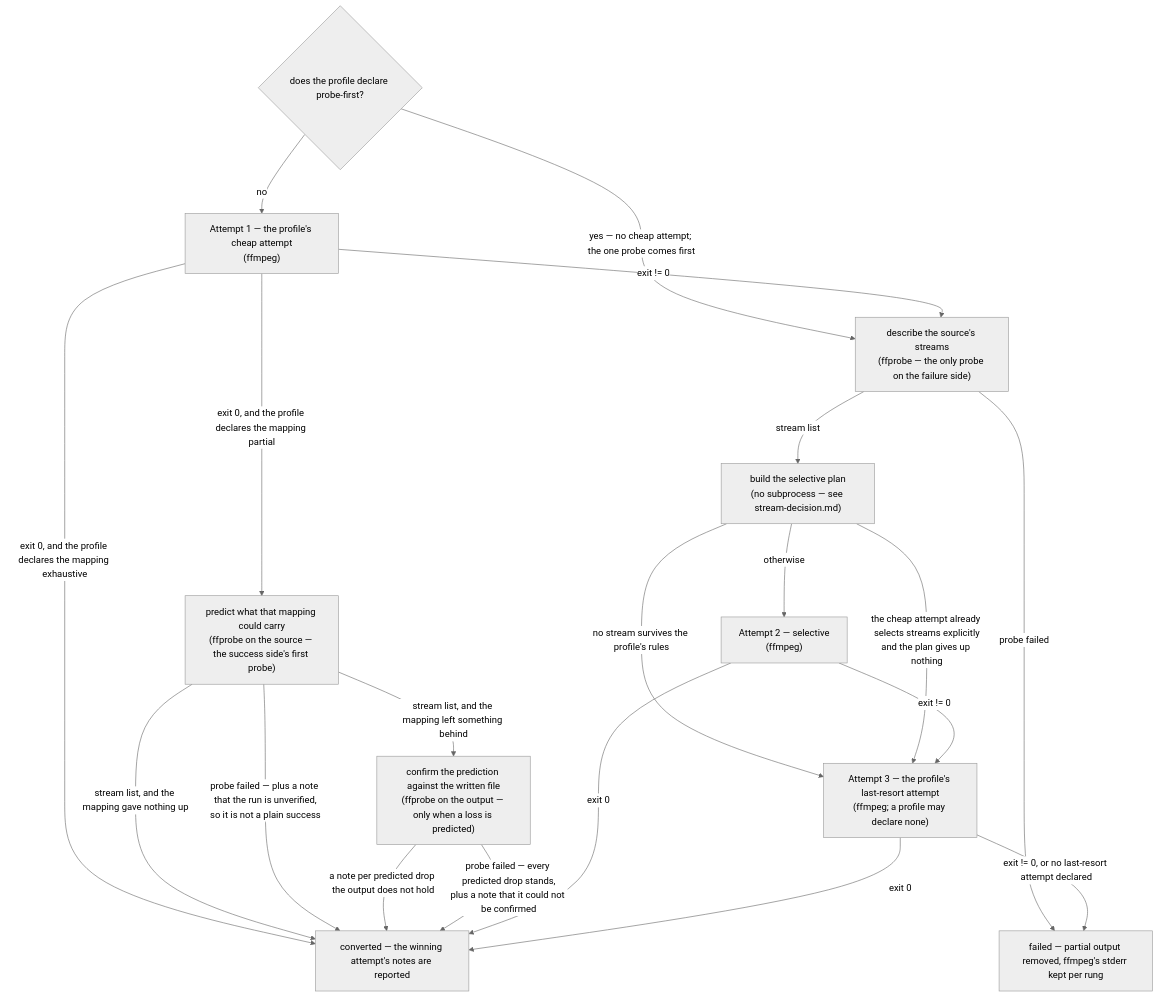
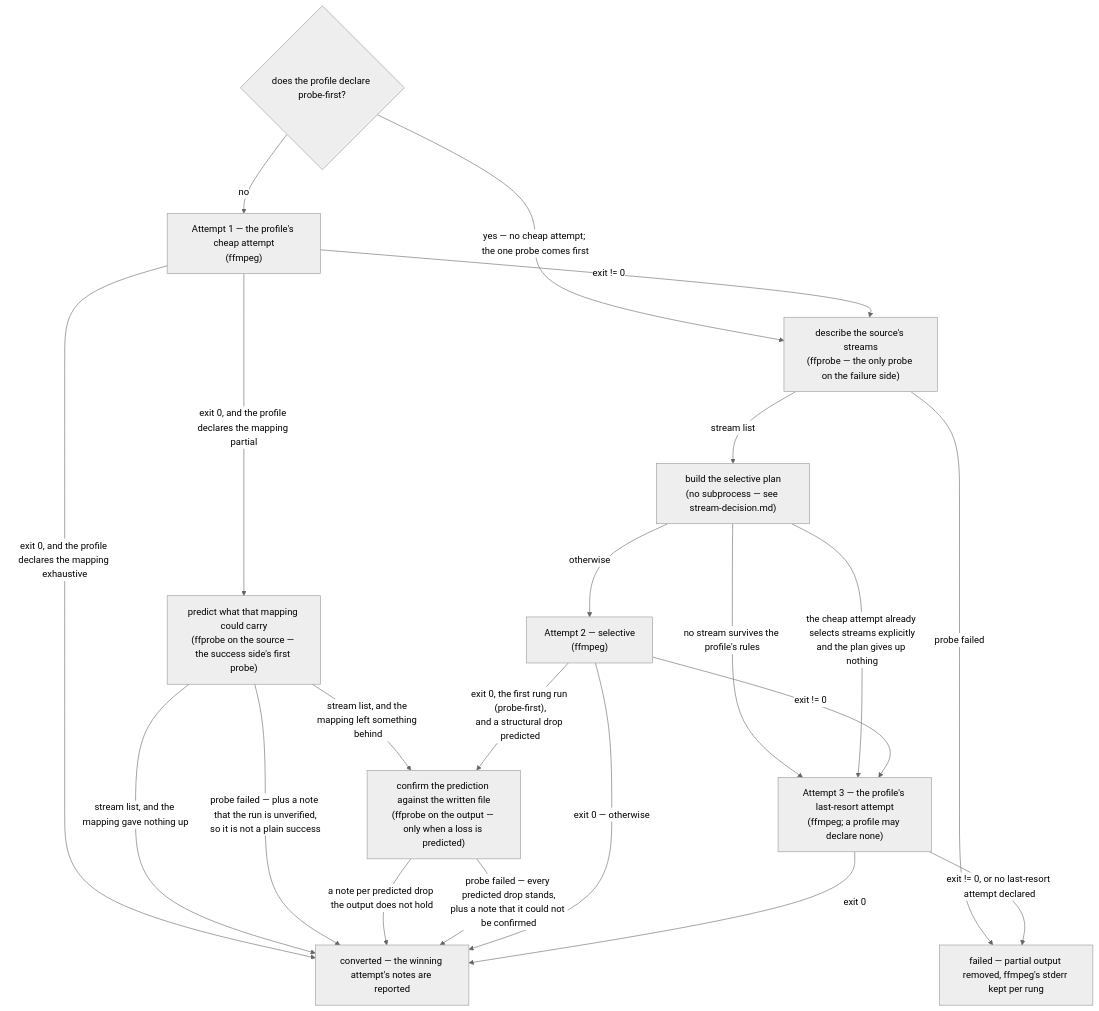
The diagram in docs/design/degradation-ladder.md (bhemsen/converter), drawn with Mermaid (neutral theme) before and after one commit. The commit also changed other lines of this file and 2 other files, not shown here.

First line of the commit message:
docs(spec): name the probe-first verification mechanism

````diff
--- a/docs/design/degradation-ladder.md
+++ b/docs/design/degradation-ladder.md
@@ -17,33 +17,34 @@
 ```mermaid
 flowchart TD
     PF{"does the profile declare probe-first?"}
     A["Attempt 1 — the profile's cheap attempt<br/>(ffmpeg)"]
     V["predict what that mapping could carry<br/>(ffprobe on the source — the success side's first probe)"]
     C["confirm the prediction against the written file<br/>(ffprobe on the output — only when a loss is predicted)"]
     P["describe the source's streams<br/>(ffprobe — the only probe on the failure side)"]
     PLAN["build the selective plan<br/>(no subprocess — see stream-decision.md)"]
     SEL["Attempt 2 — selective<br/>(ffmpeg)"]
     FIN["Attempt 3 — the profile's last-resort attempt<br/>(ffmpeg; a profile may declare none)"]
     OK["converted — the winning attempt's notes are reported"]
     BAD["failed — partial output removed, ffmpeg's stderr kept per rung"]
 
     PF -->|"no"| A
     PF -->|"yes — no cheap attempt; the one probe comes first"| P
     A -->|"exit 0, and the profile declares the mapping exhaustive"| OK
     A -->|"exit 0, and the profile declares the mapping partial"| V
     V -->|"stream list, and the mapping gave nothing up"| OK
     V -->|"stream list, and the mapping left something behind"| C
     V -->|"probe failed — plus a note that the run is unverified,<br/>so it is not a plain success"| OK
     C -->|"a note per predicted drop the output does not hold"| OK
     C -->|"probe failed — every predicted drop stands,<br/>plus a note that it could not be confirmed"| OK
     A -->|"exit != 0"| P
     P -->|"probe failed"| BAD
     P -->|"stream list"| PLAN
     PLAN -->|"no stream survives the profile's rules"| FIN
     PLAN -->|"the cheap attempt already selects streams explicitly<br/>and the plan gives up nothing"| FIN
     PLAN -->|"otherwise"| SEL
-    SEL -->|"exit 0"| OK
+    SEL -->|"exit 0, the first rung run (probe-first),<br/>and a structural drop predicted"| C
+    SEL -->|"exit 0 — otherwise"| OK
     SEL -->|"exit != 0"| FIN
     FIN -->|"exit 0"| OK
     FIN -->|"exit != 0, or no last-resort attempt declared"| BAD
 ```
````
